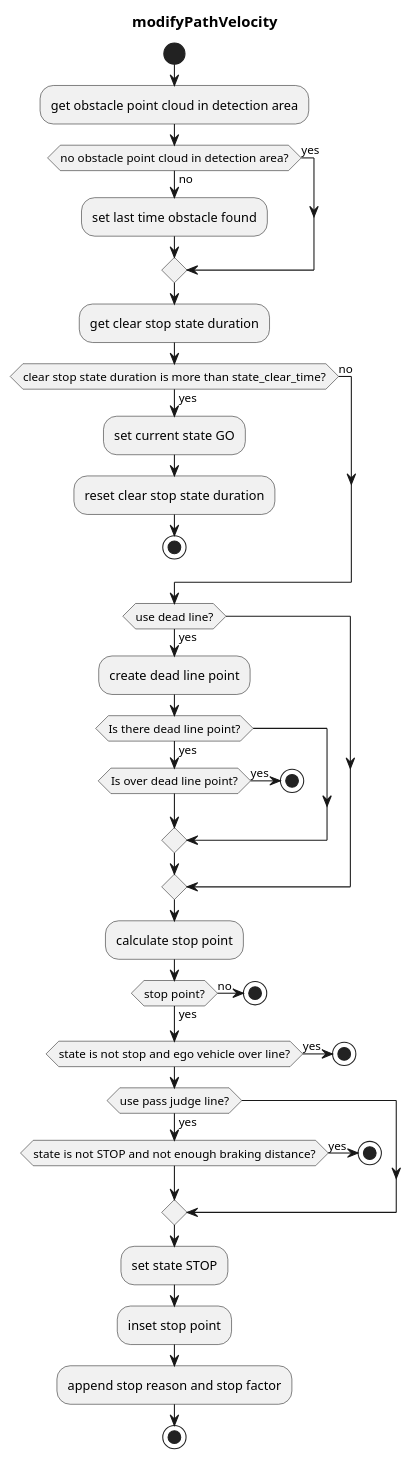
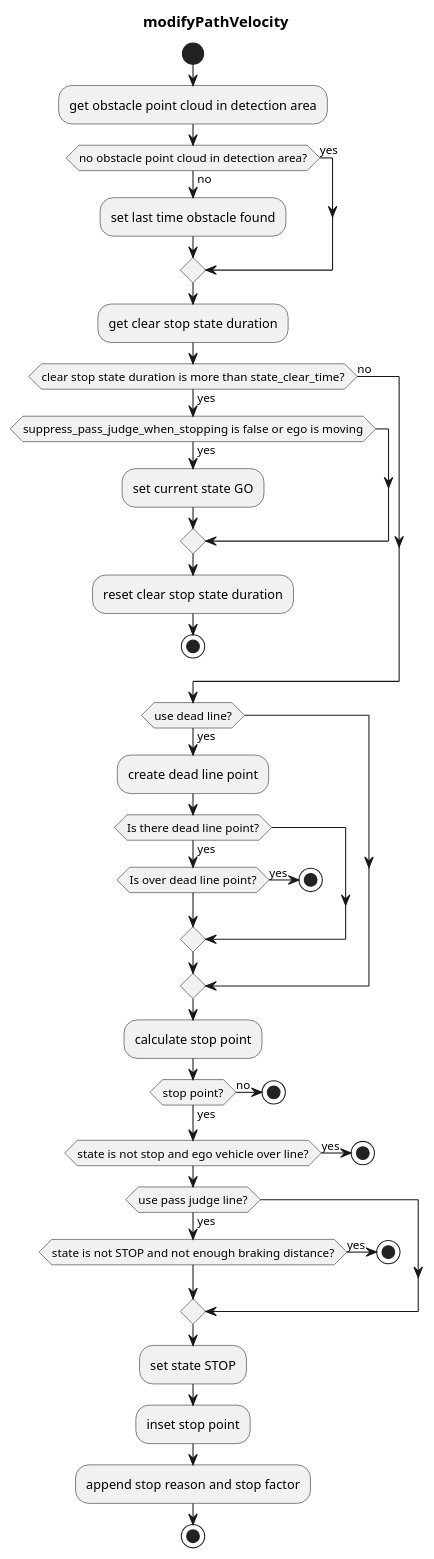
Before and after one commit to autowarefoundation/autoware.universe: the diagram in planning/behavior_velocity_planner/autoware_behavior_velocity_detection_area_module/README.md, drawn with PlantUML. The commit also changed other lines of this file and 230 other files, not shown here.

````diff
--- a/planning/behavior_velocity_planner/autoware_behavior_velocity_detection_area_module/README.md
+++ b/planning/behavior_velocity_planner/autoware_behavior_velocity_detection_area_module/README.md
@@ -35,57 +37,59 @@
 ```plantuml
 @startuml
 title modifyPathVelocity
 start
 
 :get obstacle point cloud in detection area;
 
 if (no obstacle point cloud in detection area?) then (yes)
 else (no)
   :set last time obstacle found;
 endif
 
 :get clear stop state duration;
 
 if (clear stop state duration is more than state_clear_time?) then (yes)
-  :set current state GO;
+  if (suppress_pass_judge_when_stopping is false or ego is moving) then (yes)
+    :set current state GO;
+  endif
   :reset clear stop state duration;
   stop
 else (no)
 endif
 
 if (use dead line?) then (yes)
   :create dead line point;
   if (Is there dead line point?) then (yes)
     if (Is over dead line point?) then (yes)
       stop
     endif
   endif
 endif
 
 :calculate stop point;
 
 if (stop point?) then (yes)
 else (no)
   stop
 endif
 
 
 if (state is not stop and ego vehicle over line?) then (yes)
   stop
 endif
 
 if (use pass judge line?) then (yes)
   if (state is not STOP and not enough braking distance?) then (yes)
     stop
   endif
 endif
 
 :set state STOP;
 
 :inset stop point;
 
 :append stop reason and stop factor;
 
 stop
 @enduml
 ```
````
